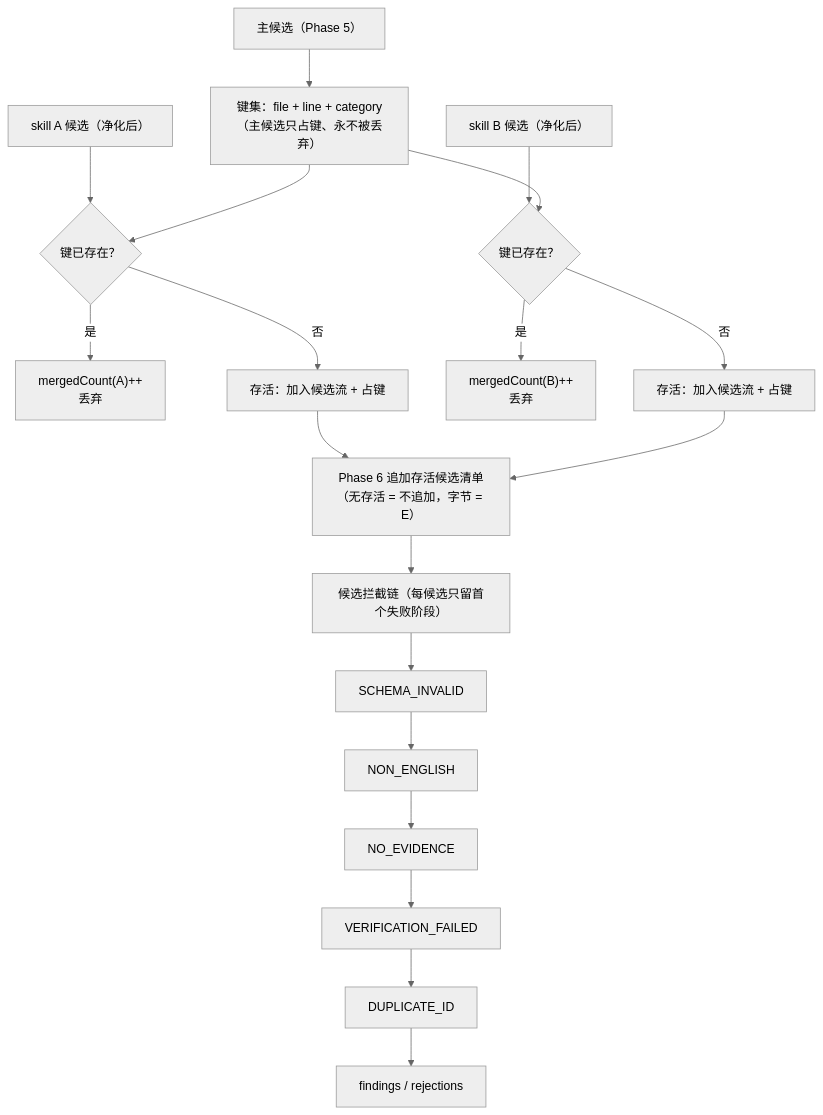
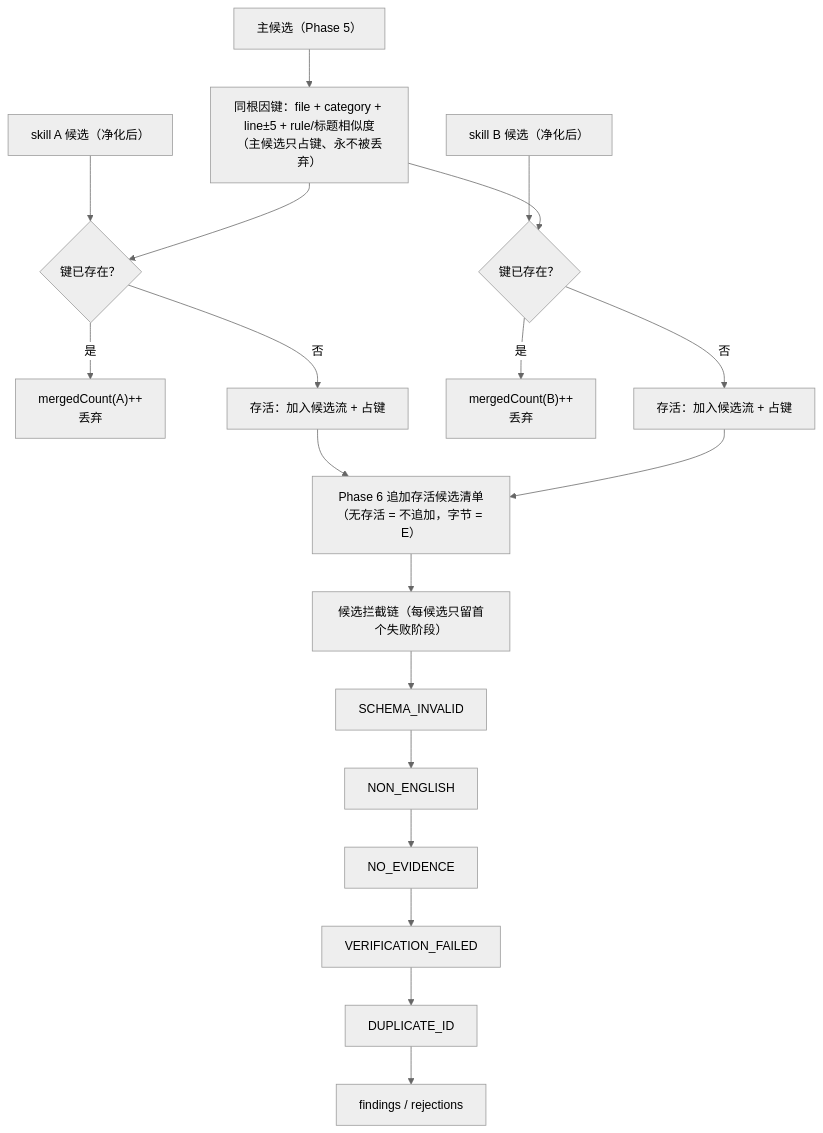
Before and after one commit to ffanwei/ReviewAgent-pi: the fifth of 5 diagrams in docs/design/Config F 完整流程图（规则 Skill 独立检视会话）.md, drawn with Mermaid (neutral theme). The commit also changed other lines of this file and 16 other files, not shown here.

````diff
--- a/docs/design/Config F 完整流程图（规则 Skill 独立检视会话）.md
+++ b/docs/design/Config F 完整流程图（规则 Skill 独立检视会话）.md
@@ -206,21 +206,21 @@
 ```mermaid
 flowchart TD
-    M["主候选（Phase 5）"] --> K["键集：file + line + category<br/>（主候选只占键、永不被丢弃）"]
+    M["主候选（Phase 5）"] --> K["同根因键：file + category + line±5 + rule/标题相似度<br/>（主候选只占键、永不被丢弃）"]
     S1["skill A 候选（净化后）"] --> D1{"键已存在？"}
     S2["skill B 候选（净化后）"] --> D2{"键已存在？"}
     K --> D1
     D1 -->|"是"| X1["mergedCount(A)++<br/>丢弃"]
     D1 -->|"否"| Y1["存活：加入候选流 + 占键"]
     K --> D2
     D2 -->|"是"| X2["mergedCount(B)++<br/>丢弃"]
     D2 -->|"否"| Y2["存活：加入候选流 + 占键"]
     Y1 --> BR["Phase 6 追加存活候选清单<br/>（无存活 = 不追加，字节 = E）"]
     Y2 --> BR
     BR --> G["候选拦截链（每候选只留首个失败阶段）"]
     G --> G1["SCHEMA_INVALID"]
     G1 --> G2["NON_ENGLISH"]
     G2 --> G3["NO_EVIDENCE"]
     G3 --> G4["VERIFICATION_FAILED"]
     G4 --> G5["DUPLICATE_ID"]
     G5 --> F["findings / rejections"]
 ```
````
